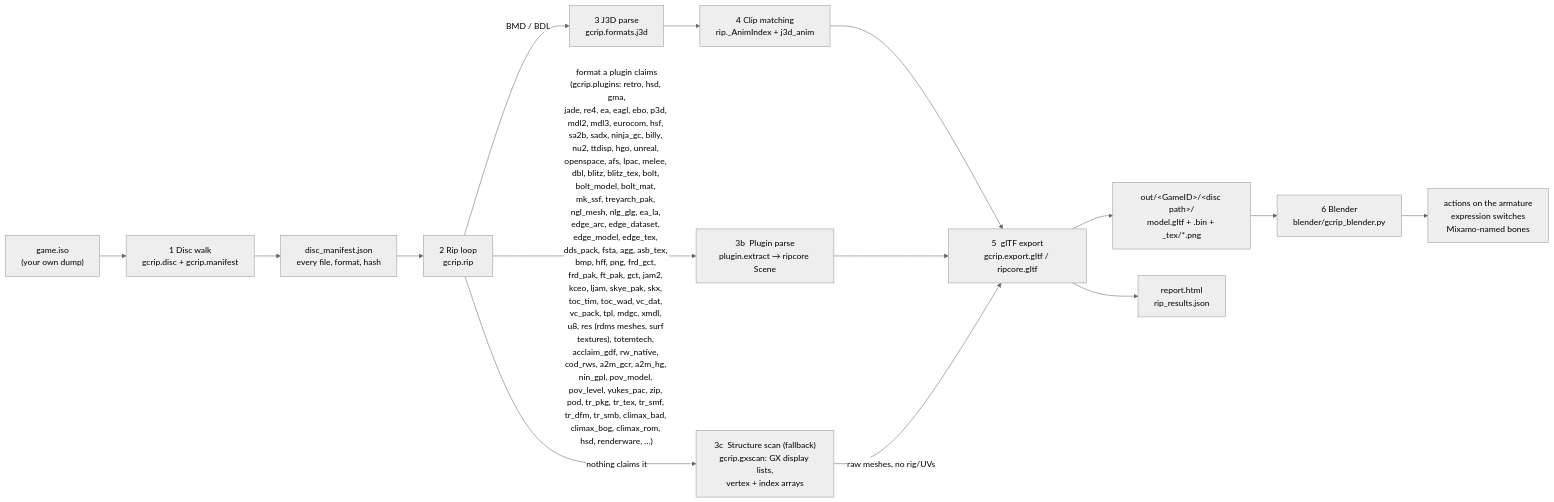
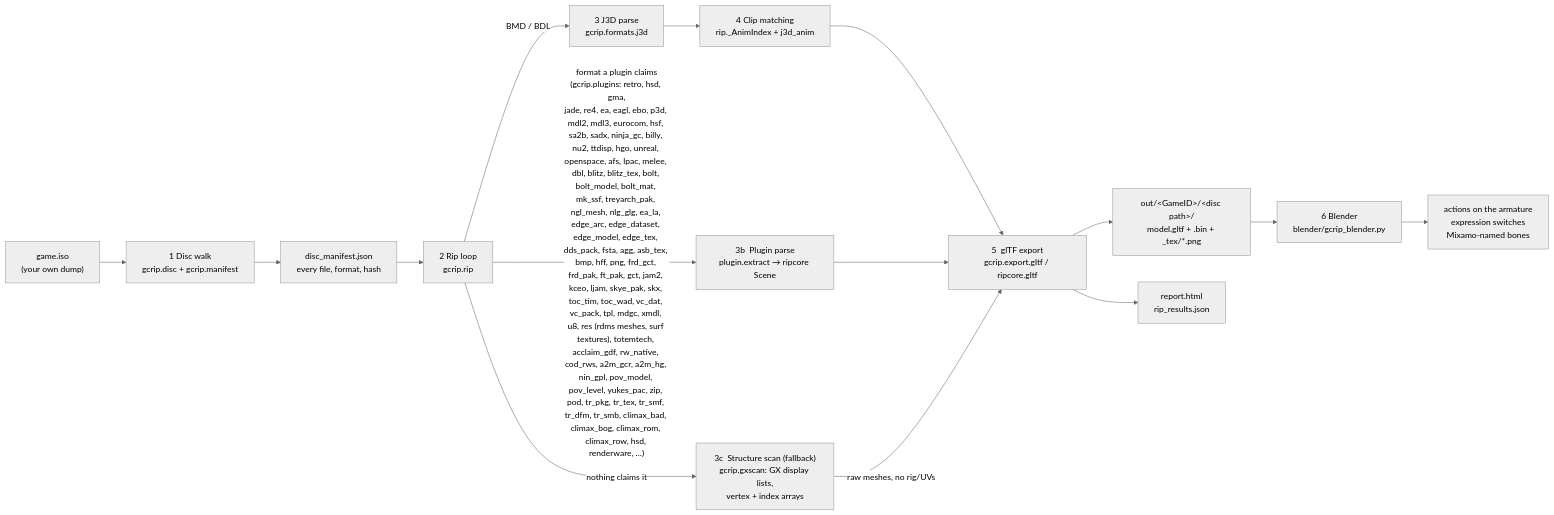
Before and after one commit to Felbs/3d-ripper-9000: the first of 10 diagrams in docs/PIPELINE.md, drawn with Mermaid (neutral theme). The commit also changed other lines of this file and 6 other files, not shown here.

First line of the commit message:
gcrip climax_row: Climax .row worlds (cWorld::LoadNode tree: triangle meshes + Bezier track patches, textures by name) - Hot Wheels clng 225 nodes / 43,971 triangles

````diff
--- a/docs/PIPELINE.md
+++ b/docs/PIPELINE.md
@@ -11,17 +11,17 @@
 ```mermaid
 flowchart LR
     ISO["game.iso<br/>(your own dump)"] --> WALK["1  Disc walk<br/>gcrip.disc + gcrip.manifest"]
     WALK --> MAN["disc_manifest.json<br/>every file, format, hash"]
     MAN --> RIP["2  Rip loop<br/>gcrip.rip"]
     RIP -->|"BMD / BDL"| J3D["3  J3D parse<br/>gcrip.formats.j3d"]
-    RIP -->|"format a plugin claims<br/>(gcrip.plugins: retro, hsd, gma,<br/>jade, re4, ea, eagl, ebo, p3d, mdl2, mdl3, eurocom, hsf, sa2b, sadx, ninja_gc, billy, nu2, ttdisp, hgo, unreal, openspace, afs, lpac, melee, dbl, blitz, blitz_tex, bolt, bolt_model, bolt_mat, mk_ssf, treyarch_pak, ngl_mesh, nlg_glg, ea_la, edge_arc, edge_dataset, edge_model, edge_tex, dds_pack, fsta, agg, asb_tex, bmp, hff, png, frd_gct, frd_pak, ft_pak, gct, jam2, kceo, ljam, skye_pak, skx, toc_tim, toc_wad, vc_dat, vc_pack, tpl, mdgc, xmdl, u8, res (rdms meshes, surf textures), totemtech, acclaim_gdf, rw_native, cod_rws, a2m_gcr, a2m_hg, nin_gpl, pov_model, pov_level, yukes_pac, zip, pod, tr_pkg, tr_tex, tr_smf, tr_dfm, tr_smb, climax_bad, climax_bog, climax_rom, hsd, renderware, …)"| PLUG["3b  Plugin parse<br/>plugin.extract → ripcore Scene"]
+    RIP -->|"format a plugin claims<br/>(gcrip.plugins: retro, hsd, gma,<br/>jade, re4, ea, eagl, ebo, p3d, mdl2, mdl3, eurocom, hsf, sa2b, sadx, ninja_gc, billy, nu2, ttdisp, hgo, unreal, openspace, afs, lpac, melee, dbl, blitz, blitz_tex, bolt, bolt_model, bolt_mat, mk_ssf, treyarch_pak, ngl_mesh, nlg_glg, ea_la, edge_arc, edge_dataset, edge_model, edge_tex, dds_pack, fsta, agg, asb_tex, bmp, hff, png, frd_gct, frd_pak, ft_pak, gct, jam2, kceo, ljam, skye_pak, skx, toc_tim, toc_wad, vc_dat, vc_pack, tpl, mdgc, xmdl, u8, res (rdms meshes, surf textures), totemtech, acclaim_gdf, rw_native, cod_rws, a2m_gcr, a2m_hg, nin_gpl, pov_model, pov_level, yukes_pac, zip, pod, tr_pkg, tr_tex, tr_smf, tr_dfm, tr_smb, climax_bad, climax_bog, climax_rom, climax_row, hsd, renderware, …)"| PLUG["3b  Plugin parse<br/>plugin.extract → ripcore Scene"]
     RIP -->|"nothing claims it"| GX["3c  Structure scan (fallback)<br/>gcrip.gxscan: GX display lists,<br/>vertex + index arrays"]
     J3D --> ANIM["4  Clip matching<br/>rip._AnimIndex + j3d_anim"]
     ANIM --> GLTF["5  glTF export<br/>gcrip.export.gltf / ripcore.gltf"]
     PLUG --> GLTF
     GX -->|"raw meshes, no rig/UVs"| GLTF
     GLTF --> OUT["out/&lt;GameID&gt;/&lt;disc path&gt;/<br/>model.gltf + .bin + _tex/*.png"]
     GLTF --> REP["report.html<br/>rip_results.json"]
     OUT --> BL["6  Blender<br/>blender/gcrip_blender.py"]
     BL --> PLAY["actions on the armature<br/>expression switches<br/>Mixamo-named bones"]
 ```
````
